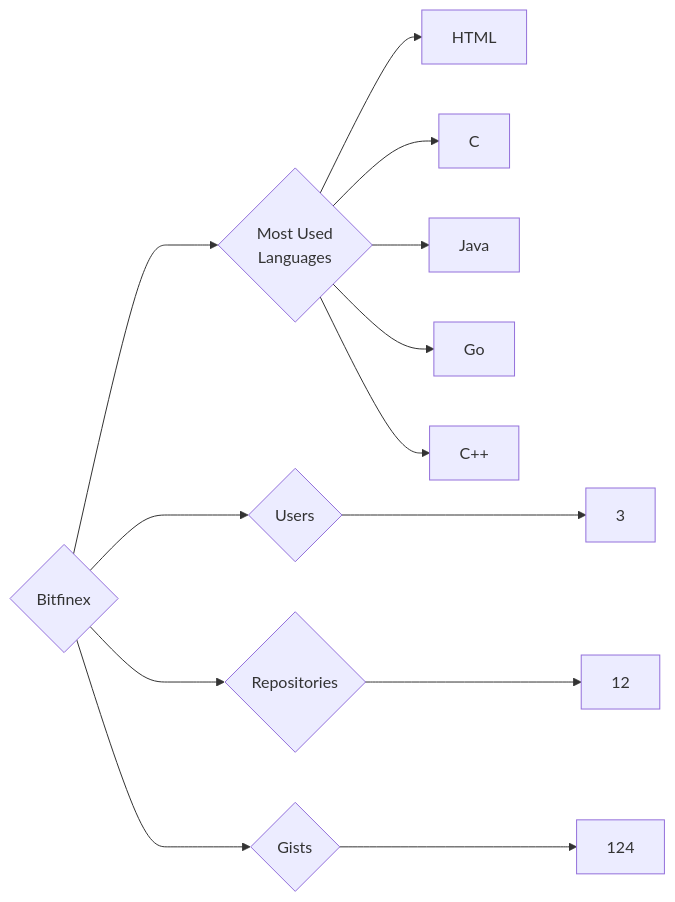
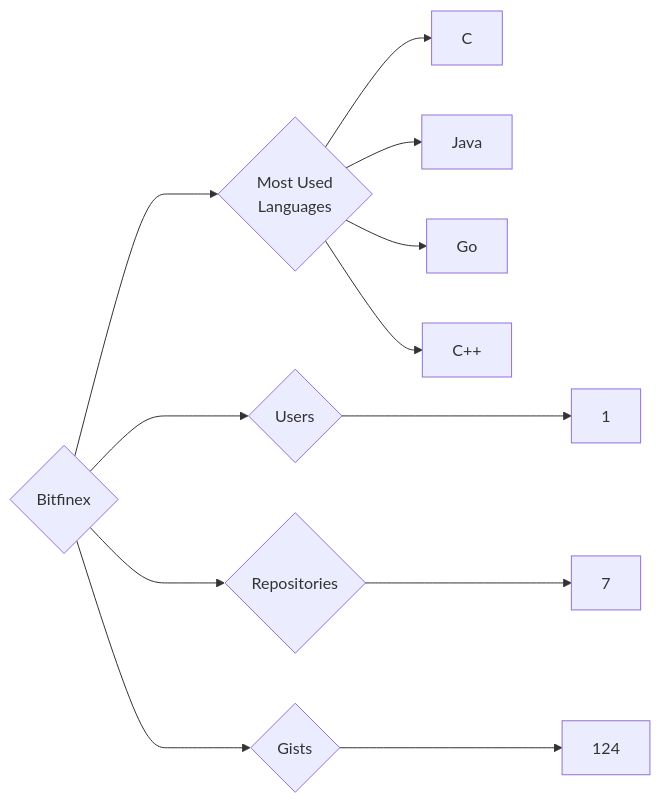
The diagram in targets/Bitfinex/README.md (trickest/insiders), drawn with Mermaid before and after one commit. The commit also changed 679 other files, not shown here.

````diff
--- a/targets/Bitfinex/README.md
+++ b/targets/Bitfinex/README.md
@@ -3,13 +3,12 @@
 ```mermaid
 graph LR
 COMPANY_NAME{Bitfinex}
-COMPANY_NAME ---> U{Users} ---> UN[3]
-COMPANY_NAME ---> R{Repositories} ---> RN[12]
+COMPANY_NAME ---> U{Users} ---> UN[1]
+COMPANY_NAME ---> R{Repositories} ---> RN[7]
 COMPANY_NAME ---> G{Gists} ---> GN[124]
 COMPANY_NAME ---> ML{Most Used<br>Languages}
-ML --> HTML[HTML]
 ML --> C[C]
 ML --> Java[Java]
 ML --> Go[Go]
 ML --> C++[C++]
 ```
````
